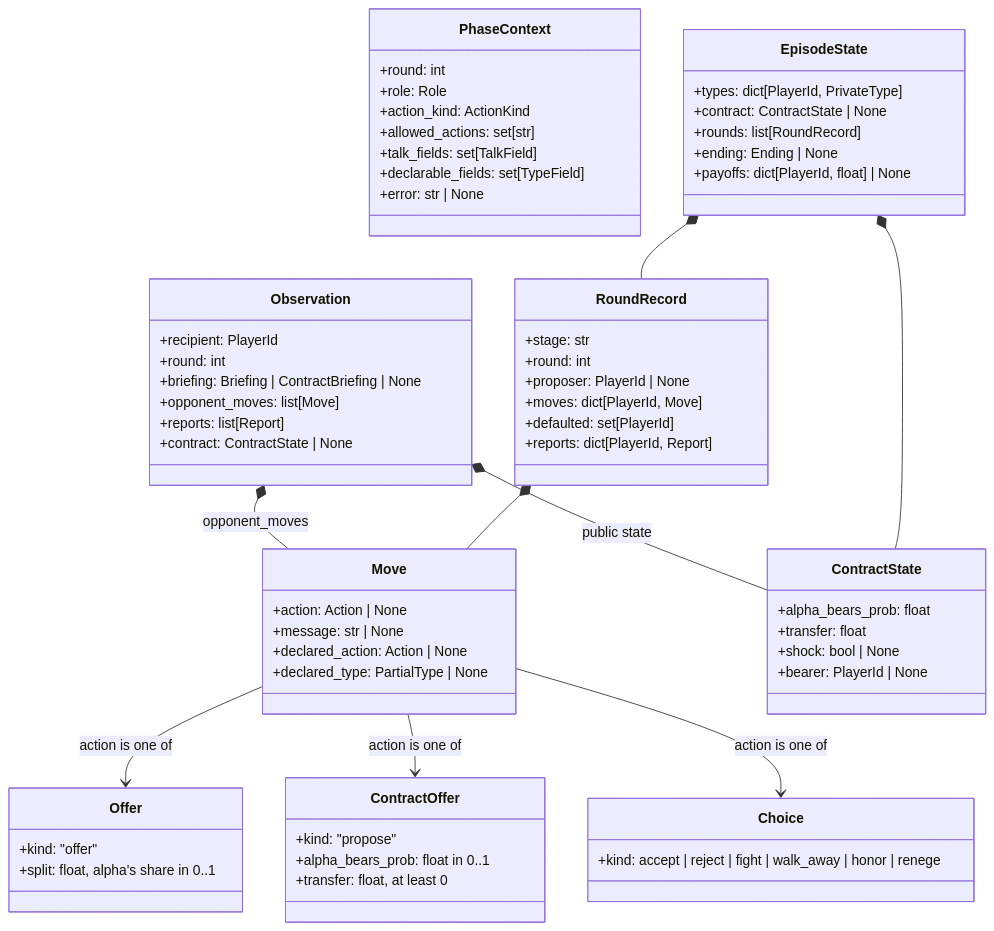
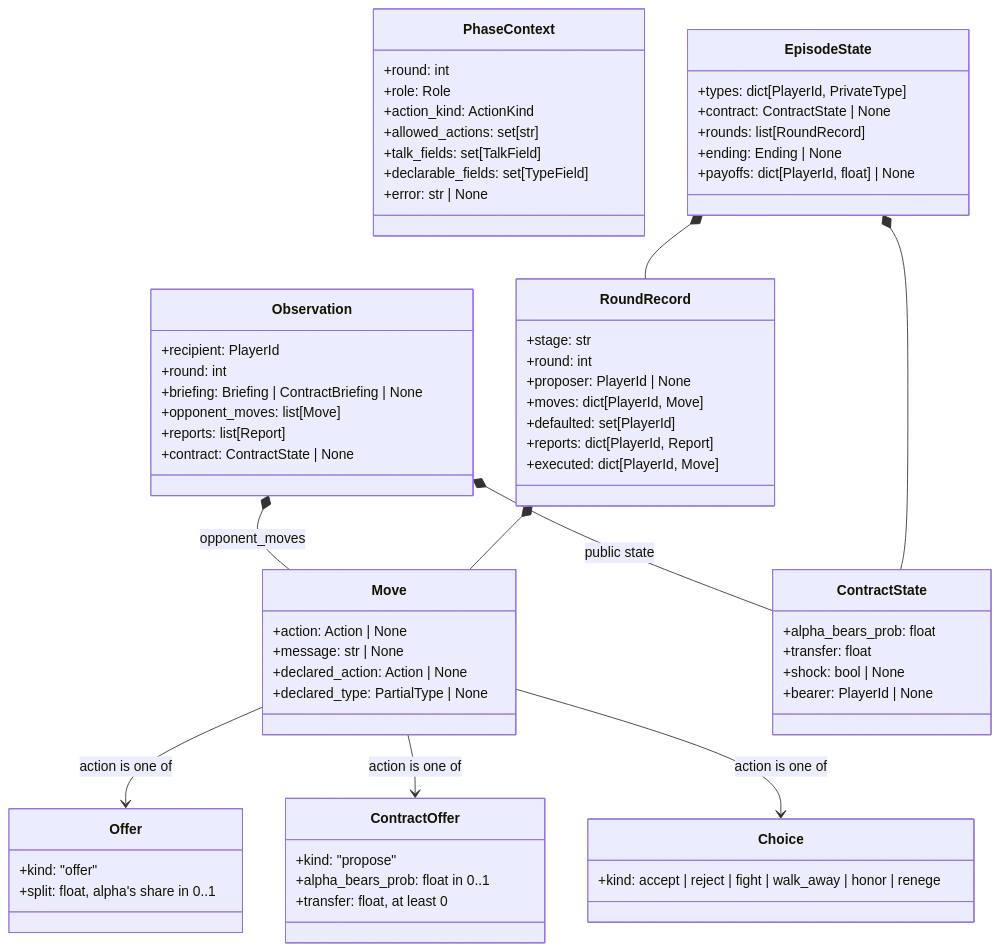
The fourth of 14 diagrams in docs/architecture.md (CarlosGIbanez/SPAR-Harness-Strategic-Interaction-Agents), drawn with Mermaid before and after one commit. The commit also changed other lines of this file and 3 other files, not shown here.

Commit message:
Execution noise: chosen vs executed move

````diff
--- a/docs/architecture.md
+++ b/docs/architecture.md
@@ -178,67 +179,68 @@
 ```mermaid
 classDiagram
     class Move {
         +action: Action | None
         +message: str | None
         +declared_action: Action | None
         +declared_type: PartialType | None
     }
     class Offer {
         +kind: "offer"
         +split: float, alpha's share in 0..1
     }
     class ContractOffer {
         +kind: "propose"
         +alpha_bears_prob: float in 0..1
         +transfer: float, at least 0
     }
     class Choice {
         +kind: accept | reject | fight | walk_away | honor | renege
     }
     class Observation {
         +recipient: PlayerId
         +round: int
         +briefing: Briefing | ContractBriefing | None
         +opponent_moves: list[Move]
         +reports: list[Report]
         +contract: ContractState | None
     }
     class ContractState {
         +alpha_bears_prob: float
         +transfer: float
         +shock: bool | None
         +bearer: PlayerId | None
     }
     class PhaseContext {
         +round: int
         +role: Role
         +action_kind: ActionKind
         +allowed_actions: set[str]
         +talk_fields: set[TalkField]
         +declarable_fields: set[TypeField]
         +error: str | None
     }
     class RoundRecord {
         +stage: str
         +round: int
         +proposer: PlayerId | None
         +moves: dict[PlayerId, Move]
         +defaulted: set[PlayerId]
         +reports: dict[PlayerId, Report]
+        +executed: dict[PlayerId, Move]
     }
     class EpisodeState {
         +types: dict[PlayerId, PrivateType]
         +contract: ContractState | None
         +rounds: list[RoundRecord]
         +ending: Ending | None
         +payoffs: dict[PlayerId, float] | None
     }
     Move --> Offer : action is one of
     Move --> ContractOffer : action is one of
     Move --> Choice : action is one of
     Observation *-- Move : opponent_moves
     Observation *-- ContractState : public state
     EpisodeState *-- RoundRecord
     EpisodeState *-- ContractState
     RoundRecord *-- Move
 ```
````
